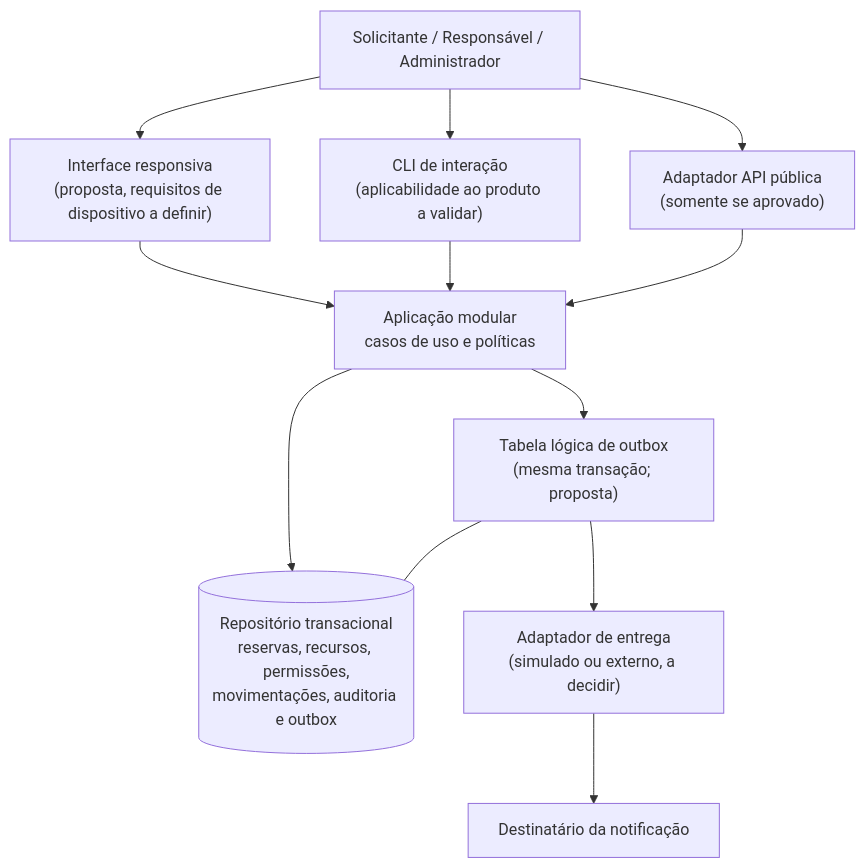
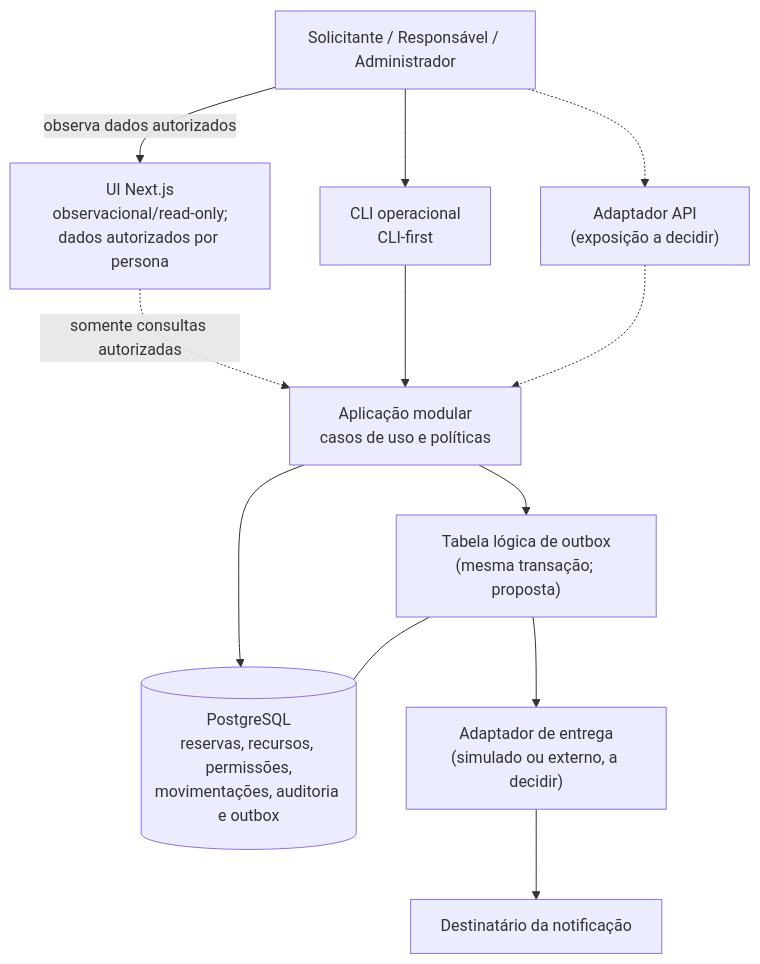
The second of 3 diagrams in docs/arquitetura.md (Guguelcf4/Organiza-o-de-Recursos), drawn with Mermaid before and after one commit. The commit also changed other lines of this file and 35 other files, not shown here.

````diff
--- a/docs/arquitetura.md
+++ b/docs/arquitetura.md
@@ -93,24 +93,24 @@
 ```mermaid
 flowchart TB
     actors["Solicitante / Responsável / Administrador"]
-    ui["Interface responsiva<br/>(proposta, requisitos de dispositivo a definir)"]
-    cli["CLI de interação<br/>(aplicabilidade ao produto a validar)"]
-    api["Adaptador API pública<br/>(somente se aprovado)"]
+    ui["UI Next.js<br/>observacional/read-only;<br/>dados autorizados por persona"]
+    cli["CLI operacional<br/>CLI-first"]
+    api["Adaptador API<br/>(exposição a decidir)"]
     app["Aplicação modular<br/>casos de uso e políticas"]
-    db[("Repositório transacional<br/>reservas, recursos, permissões,<br/>movimentações, auditoria e outbox")]
+    db[("PostgreSQL<br/>reservas, recursos, permissões,<br/>movimentações, auditoria e outbox")]
     outbox["Tabela lógica de outbox<br/>(mesma transação; proposta)"]
     delivery["Adaptador de entrega<br/>(simulado ou externo, a decidir)"]
     consumer["Destinatário da notificação"]
 
-    actors --> ui
+    actors -->|"observa dados autorizados"| ui
     actors --> cli
-    actors --> api
-    ui --> app
+    actors -.-> api
+    ui -.->|"somente consultas autorizadas"| app
     cli --> app
-    api --> app
+    api -.-> app
     app --> db
     app --> outbox
     outbox --- db
     outbox --> delivery
     delivery --> consumer
 ```
````
